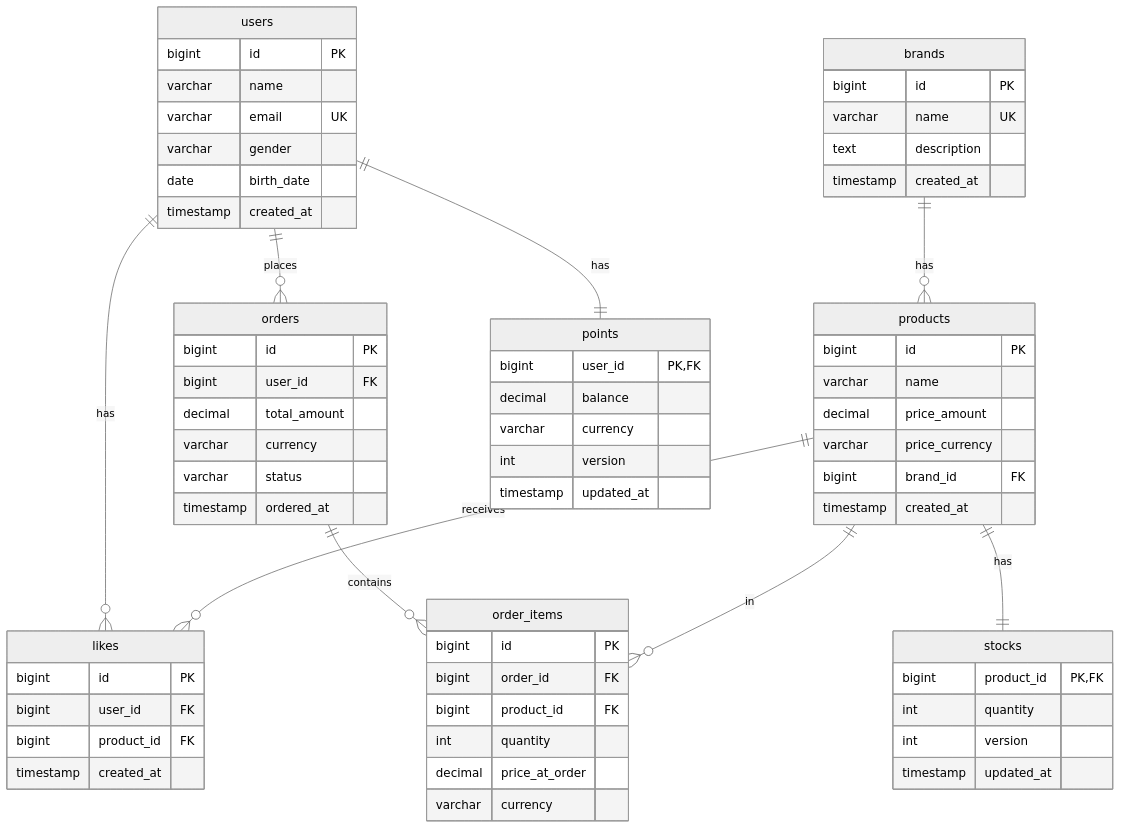
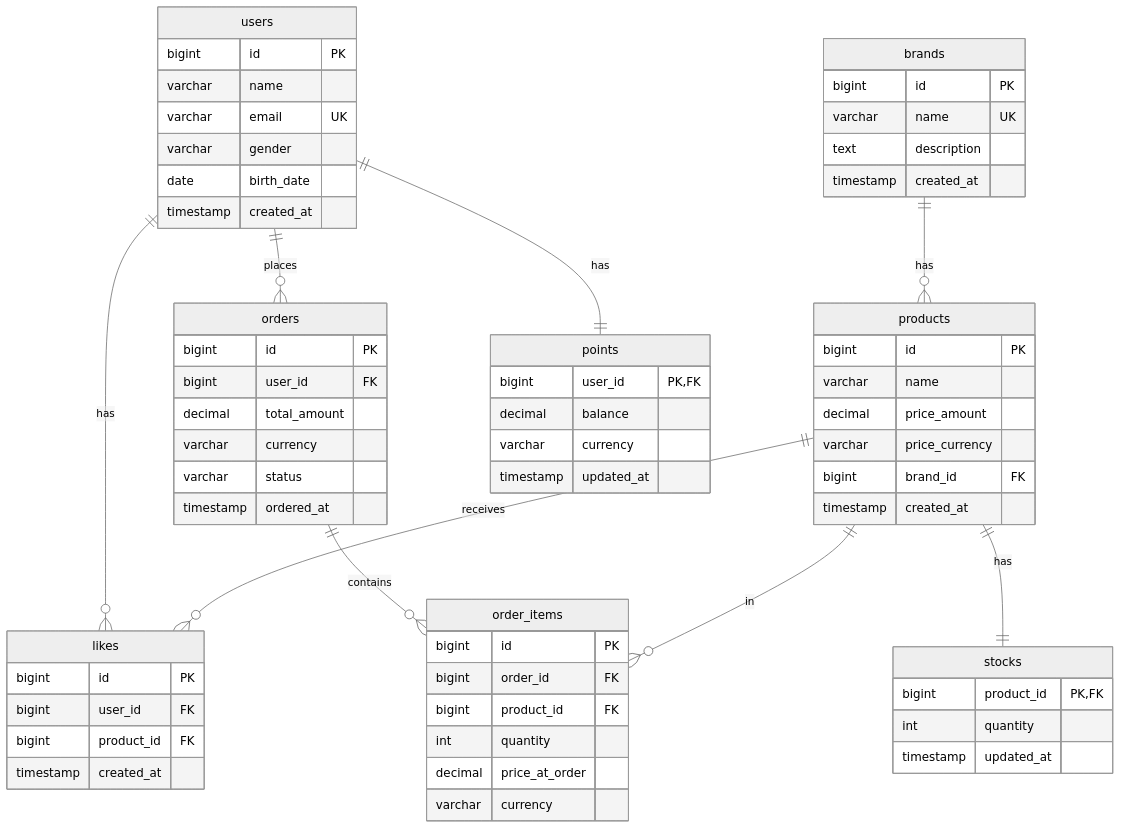
Before and after one commit to Loopers-dev-lab/loopers-spring-kotlin-template: the diagram in .docs/design/04-erd.md, drawn with Mermaid (neutral theme). The commit also changed other lines of this file and 1 other file, not shown here.

````diff
--- a/.docs/design/04-erd.md
+++ b/.docs/design/04-erd.md
@@ -7,76 +7,74 @@
 ```mermaid
 erDiagram
     users {
         bigint id PK
         varchar name
         varchar email UK
         varchar gender
         date birth_date
         timestamp created_at
     }
 
     brands {
         bigint id PK
         varchar name UK
         text description
         timestamp created_at
     }
 
     products {
         bigint id PK
         varchar name
         decimal price_amount
         varchar price_currency
         bigint brand_id FK
         timestamp created_at
     }
 
     stocks {
         bigint product_id PK, FK
         int quantity
-        int version
         timestamp updated_at
     }
 
     likes {
         bigint id PK
         bigint user_id FK
         bigint product_id FK
         timestamp created_at
     }
 
     orders {
         bigint id PK
         bigint user_id FK
         decimal total_amount
         varchar currency
         varchar status
         timestamp ordered_at
     }
 
     order_items {
         bigint id PK
         bigint order_id FK
         bigint product_id FK
         int quantity
         decimal price_at_order
         varchar currency
     }
 
     points {
         bigint user_id PK, FK
         decimal balance
         varchar currency
-        int version
         timestamp updated_at
     }
 
     users ||--o{ likes : "has"
     products ||--o{ likes : "receives"
     brands ||--o{ products : "has"
     products ||--|| stocks : "has"
     users ||--o{ orders : "places"
     orders ||--o{ order_items : "contains"
     products ||--o{ order_items : "in"
     users ||--|| points : "has"
 ```
````
